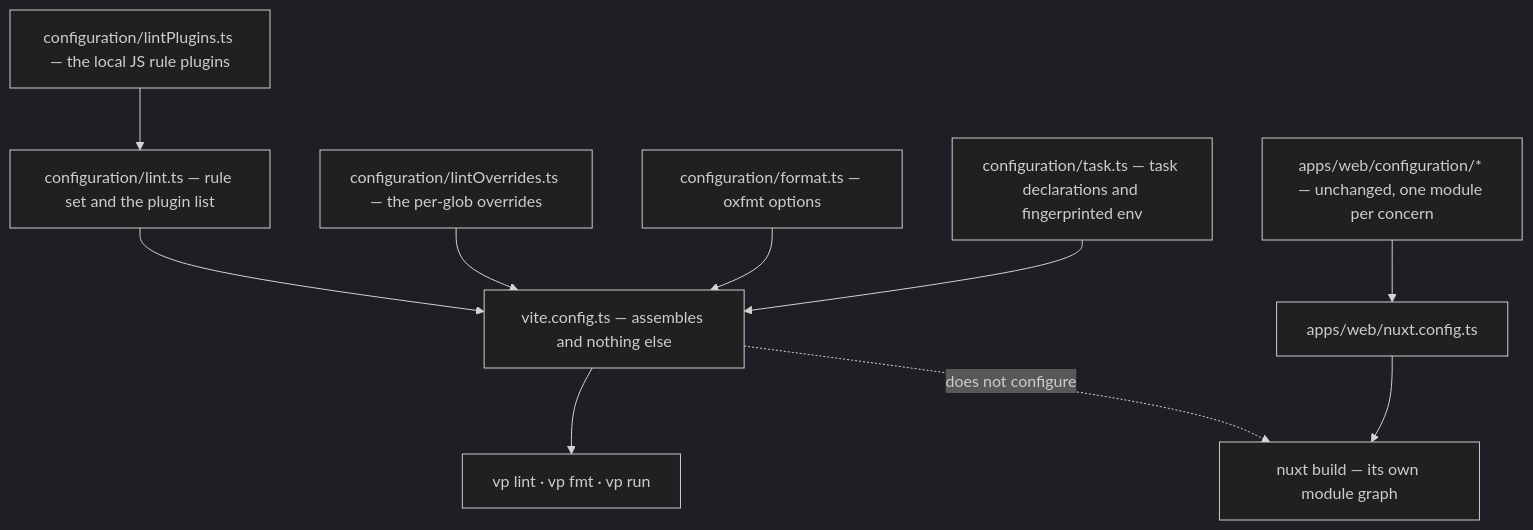
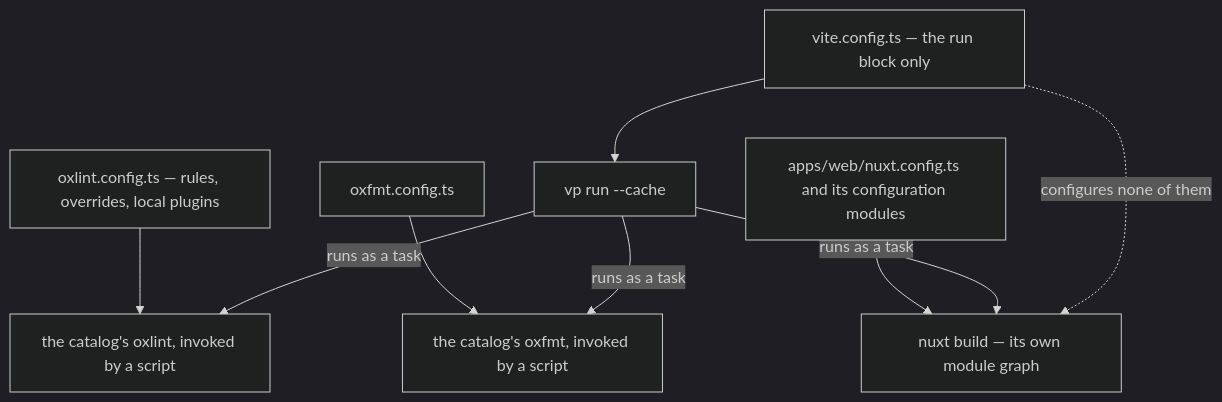
The diagram in apps/web/content/docs/proposals/refactors/vite-plus/configuration.md (Esposter/Esposter), drawn with Mermaid (dark theme) before and after one commit. The commit also changed other lines of this file and 8 other files, not shown here.

First line of the commit message:
docs(proposals): the Vite+ migration is re-read against 1.0 — only the measurement runs now

````diff
--- a/apps/web/content/docs/proposals/refactors/vite-plus/configuration.md
+++ b/apps/web/content/docs/proposals/refactors/vite-plus/configuration.md
@@ -22,12 +17,11 @@
 ```mermaid
 flowchart TD
-  lintRules["configuration/lint.ts — rule set and the plugin list"] --> assemble["vite.config.ts — assembles and nothing else"]
-  lintOverrides["configuration/lintOverrides.ts — the per-glob overrides"] --> assemble
-  jsPlugins["configuration/lintPlugins.ts — the local JS rule plugins"] --> lintRules
-  format["configuration/format.ts — oxfmt options"] --> assemble
-  task["configuration/task.ts — task declarations and fingerprinted env"] --> assemble
-  assemble --> vp["vp lint · vp fmt · vp run"]
-  nuxtConfiguration["apps/web/configuration/* — unchanged, one module per concern"] --> nuxtRoot["apps/web/nuxt.config.ts"]
-  nuxtRoot --> nuxtBuild["nuxt build — its own module graph"]
-  assemble -.->|"does not configure"| nuxtBuild
+  root["vite.config.ts — the run block only"] --> vp["vp run --cache"]
+  oxlintConfig["oxlint.config.ts — rules, overrides, local plugins"] --> oxlint["the catalog's oxlint, invoked by a script"]
+  oxfmtConfig["oxfmt.config.ts"] --> oxfmt["the catalog's oxfmt, invoked by a script"]
+  nuxtRoot["apps/web/nuxt.config.ts and its configuration modules"] --> nuxtBuild["nuxt build — its own module graph"]
+  vp -->|"runs as a task"| oxlint
+  vp -->|"runs as a task"| oxfmt
+  vp -->|"runs as a task"| nuxtBuild
+  root -.->|"configures none of them"| nuxtBuild
 ```
````
